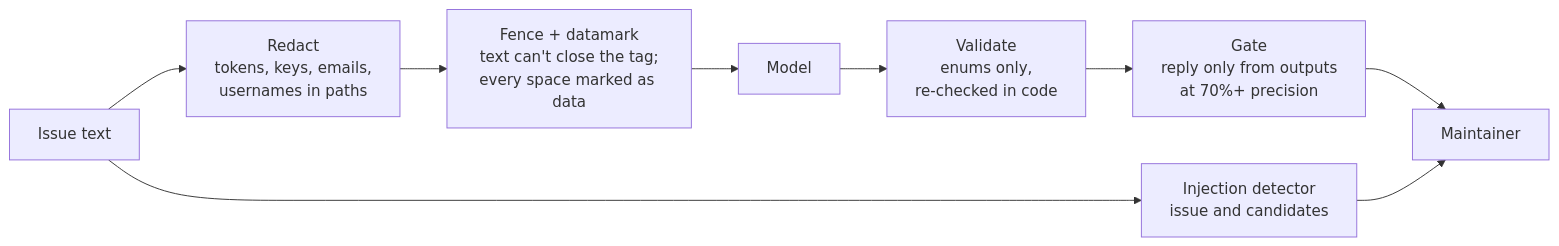
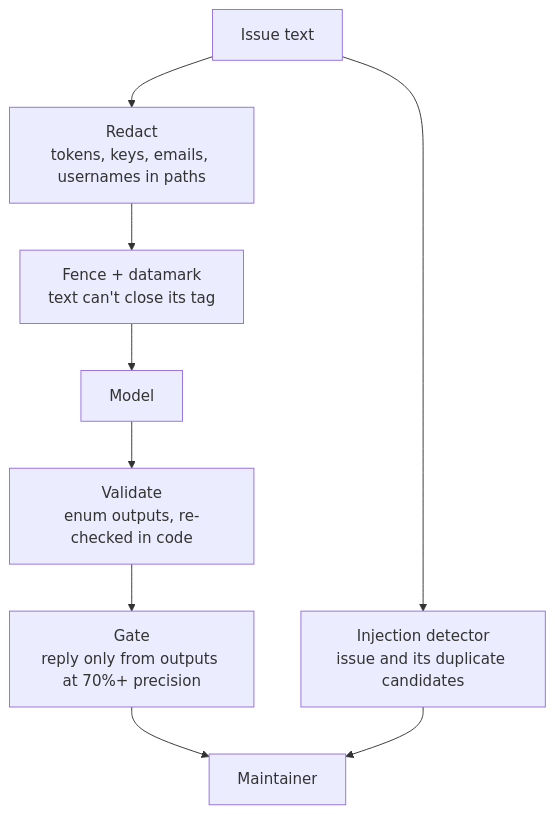
The third of 4 diagrams in README.md (shashank11yadav/pytest-triage), drawn with Mermaid before and after one commit. The commit also changed other lines of this file, not shown here.

Commit message:
Lay out the pipeline and guardrail diagrams top to bottom so they fit

````diff
--- a/README.md
+++ b/README.md
@@ -247,10 +247,11 @@
 ```mermaid
-flowchart LR
-    I[Issue text] --> R["Redact<br/>tokens, keys, emails,<br/>usernames in paths"]
-    R --> F["Fence + datamark<br/>text can't close the tag;<br/>every space marked as data"]
+flowchart TD
+    I[Issue text] --> R["Redact<br/>tokens, keys, emails, usernames in paths"]
+    I --> D["Injection detector<br/>issue and its duplicate candidates"]
+    R --> F["Fence + datamark<br/>text can't close its tag"]
     F --> M[Model]
-    M --> V["Validate<br/>enums only,<br/>re-checked in code"]
-    V --> G["Gate<br/>reply only from outputs<br/>at 70%+ precision"]
+    M --> V["Validate<br/>enum outputs, re-checked in code"]
+    V --> G["Gate<br/>reply only from outputs at 70%+ precision"]
     G --> H[Maintainer]
-    I --> D["Injection detector<br/>issue and candidates"] --> H
+    D --> H
 ```
````
